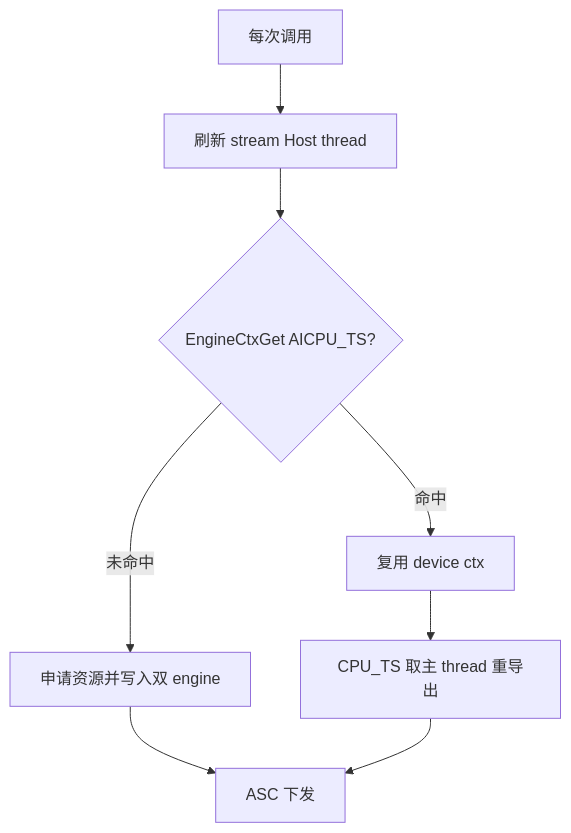
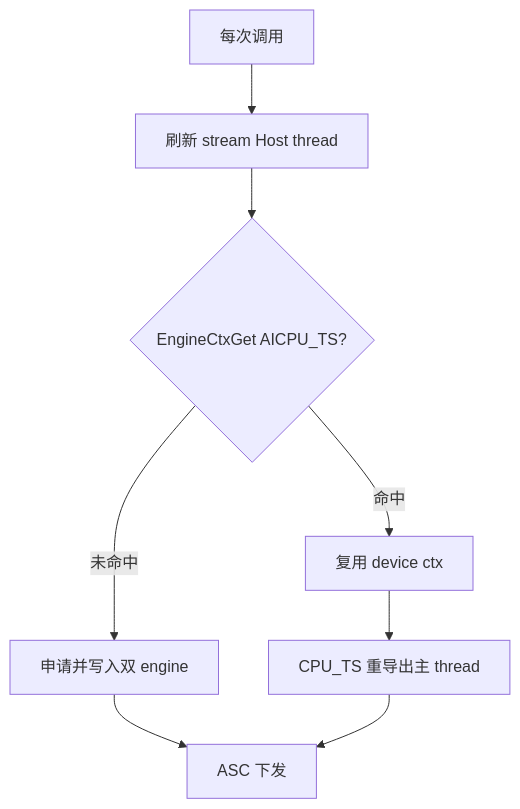
Before and after one commit to qingshangyan12/my_code: the second of 3 diagrams in docs/aicpu_custom_communication_op_design.md, drawn with Mermaid. The commit also changed other lines of this file, not shown here.

````diff
--- a/docs/aicpu_custom_communication_op_design.md
+++ b/docs/aicpu_custom_communication_op_design.md
@@ -209,10 +180,10 @@
 ```mermaid
 flowchart TB
     A[每次调用] --> B[刷新 stream Host thread]
     B --> C{EngineCtxGet AICPU_TS?}
     C -->|命中| D[复用 device ctx]
-    C -->|未命中| E[申请资源并写入双 engine]
-    D --> F[CPU_TS 取主 thread 重导出]
+    C -->|未命中| E[申请并写入双 engine]
+    D --> F[CPU_TS 重导出主 thread]
     E --> G[ASC 下发]
     F --> G
 ```
````
